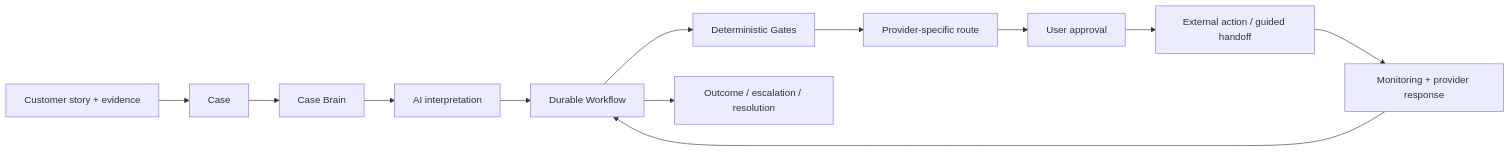
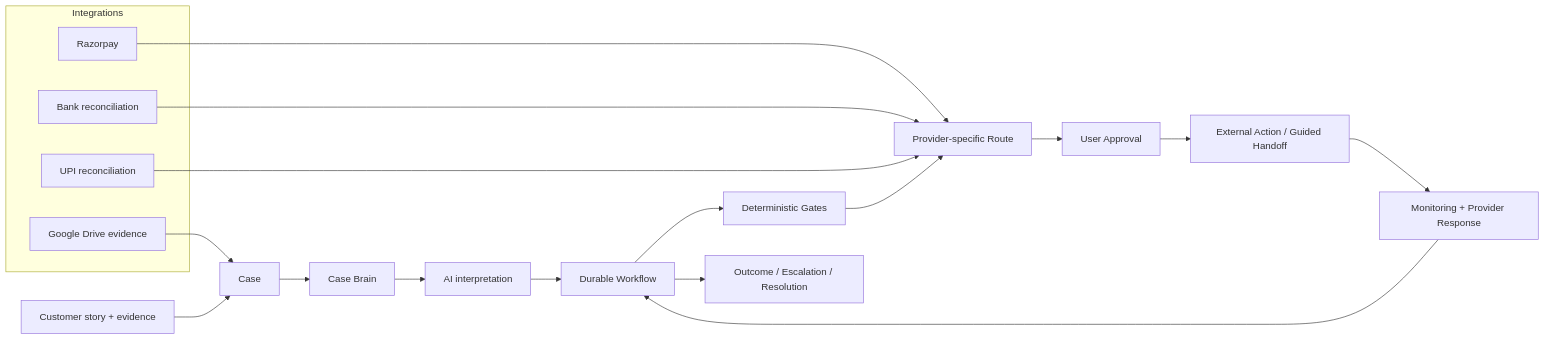
One commit to Prakash-codeMaker/RecoverIT changed the second of 2 diagrams in README.md. Above: the diagram before and after it, drawn with Mermaid. The commit also changed other lines of this file and 4 other files, not shown here.

````diff
--- a/README.md
+++ b/README.md
@@ -130,14 +165,26 @@
 ```mermaid
 flowchart LR
-    U[Customer story + evidence] --> C[Case]
+    S[Customer story + evidence] --> C[Case]
     C --> B[Case Brain]
-    B --> A[AI interpretation]
-    A --> W[Durable Workflow]
+    B --> AI[AI interpretation]
+    AI --> W[Durable Workflow]
     W --> G[Deterministic Gates]
-    G --> R[Provider-specific route]
-    R --> P[User approval]
-    P --> X[External action / guided handoff]
-    X --> M[Monitoring + provider response]
+    G --> R[Provider-specific Route]
+    R --> A[User Approval]
+    A --> X[External Action / Guided Handoff]
+    X --> M[Monitoring + Provider Response]
     M --> W
-    W --> O[Outcome / escalation / resolution]
+    W --> O[Outcome / Escalation / Resolution]
+
+    subgraph Integrations
+      RP[Razorpay]
+      BK[Bank reconciliation]
+      UP[UPI reconciliation]
+      GD[Google Drive evidence]
+    end
+
+    RP --> R
+    BK --> R
+    UP --> R
+    GD --> C
 ```
````
